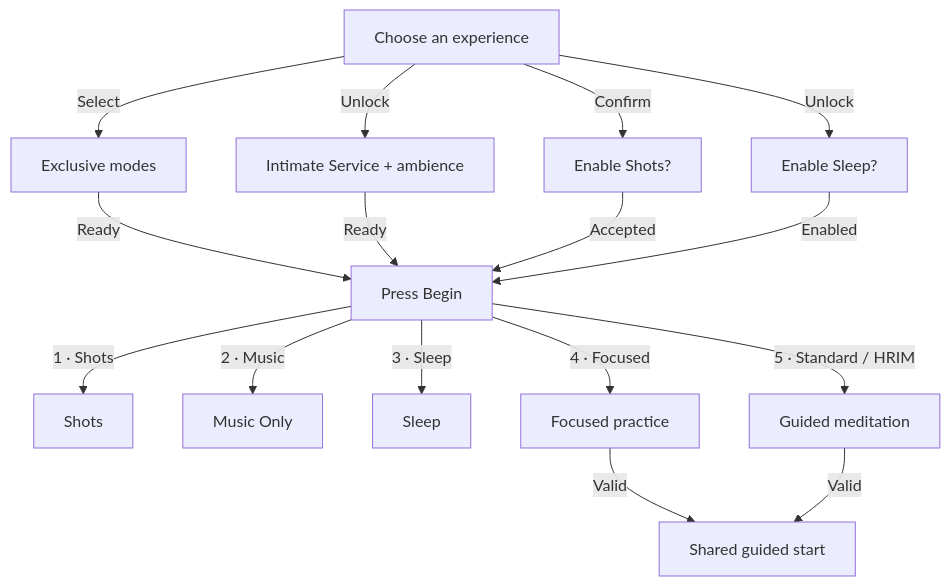
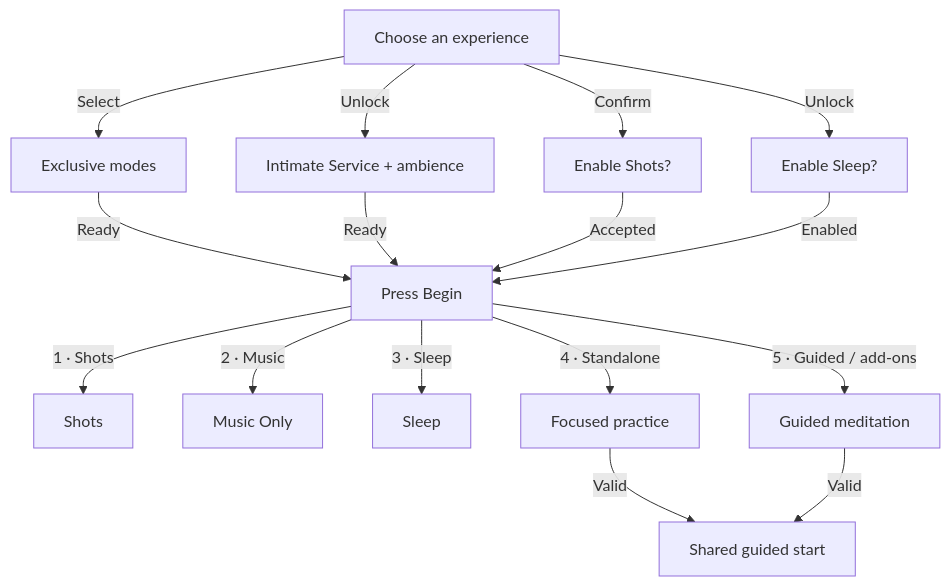
Before and after one commit to missionode/lite: the third of 28 diagrams in docs/app-map/FLOW-REFERENCE.md, drawn with Mermaid. The commit also changed other lines of this file and 16 other files, not shown here.

````diff
--- a/docs/app-map/FLOW-REFERENCE.md
+++ b/docs/app-map/FLOW-REFERENCE.md
@@ -152,30 +152,30 @@
 ```mermaid
 flowchart TD
   lobby["Choose an experience"]
   exclusive["Exclusive modes"]
   care["Intimate Service + ambience"]
   shots["Enable Shots?"]
   sleepgate["Enable Sleep?"]
   begin["Press Begin"]
   shot["Shots"]
   music["Music Only"]
   sleep["Sleep"]
   focused["Focused practice"]
   guided["Guided meditation"]
   start["Shared guided start"]
   lobby -->|"Select"| exclusive
   lobby -->|"Unlock"| care
   lobby -->|"Confirm"| shots
   lobby -->|"Unlock"| sleepgate
   exclusive -->|"Ready"| begin
   care -->|"Ready"| begin
   shots -->|"Accepted"| begin
   sleepgate -->|"Enabled"| begin
   begin -->|"1 · Shots"| shot
   begin -->|"2 · Music"| music
   begin -->|"3 · Sleep"| sleep
-  begin -->|"4 · Focused"| focused
-  begin -->|"5 · Standard / HRIM"| guided
+  begin -->|"4 · Standalone"| focused
+  begin -->|"5 · Guided / add-ons"| guided
   focused -->|"Valid"| start
   guided -->|"Valid"| start
 ```
````
